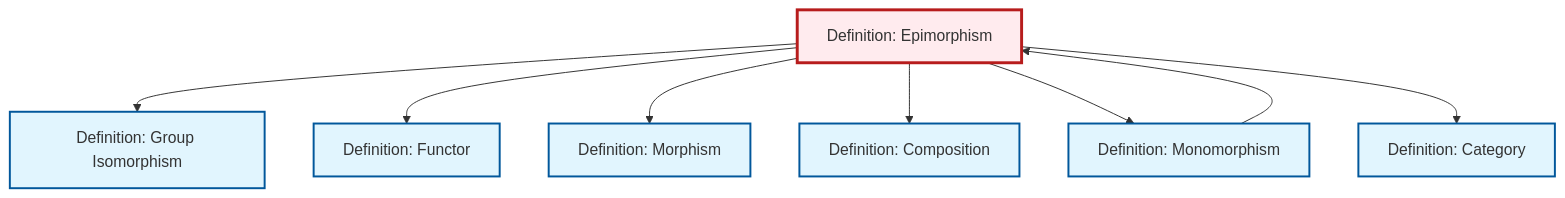
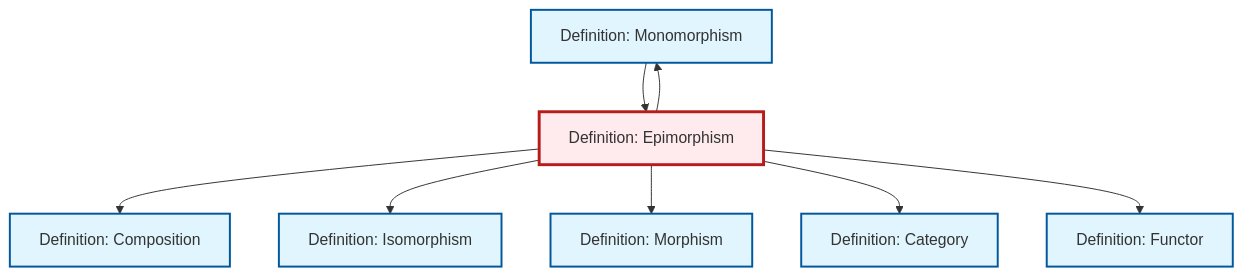
One commit to RK0429/ModernMath changed the diagram in content/en/category-theory/def-epimorphism.qmd. Above: the diagram before and after it, drawn with Mermaid. The commit also changed 1069 other files, not shown here.

````diff
--- a/content/en/category-theory/def-epimorphism.qmd
+++ b/content/en/category-theory/def-epimorphism.qmd
@@ -96,30 +96,30 @@
 ```{mermaid}
 %%| fig-cap: "Local dependency graph"
 graph TD
     classDef definition fill:#e1f5fe,stroke:#01579b,stroke-width:2px
     classDef theorem fill:#f3e5f5,stroke:#4a148c,stroke-width:2px
     classDef axiom fill:#fff3e0,stroke:#e65100,stroke-width:2px
     classDef example fill:#e8f5e9,stroke:#1b5e20,stroke-width:2px
     classDef current fill:#ffebee,stroke:#b71c1c,stroke-width:3px
-    def-isomorphism["Definition: Group Isomorphism"]:::definition
+    def-monomorphism["Definition: Monomorphism"]:::definition
+    def-category["Definition: Category"]:::definition
+    def-epimorphism["Definition: Epimorphism"]:::definition
+    def-isomorphism["Definition: Isomorphism"]:::definition
+    def-composition["Definition: Composition"]:::definition
+    def-morphism["Definition: Morphism"]:::definition
     def-functor["Definition: Functor"]:::definition
-    def-epimorphism["Definition: Epimorphism"]:::definition
-    def-category["Definition: Category"]:::definition
-    def-morphism["Definition: Morphism"]:::definition
-    def-composition["Definition: Composition"]:::definition
-    def-monomorphism["Definition: Monomorphism"]:::definition
+    def-epimorphism --> def-composition
     def-epimorphism --> def-isomorphism
+    def-monomorphism --> def-epimorphism
+    def-epimorphism --> def-morphism
+    def-epimorphism --> def-category
     def-epimorphism --> def-functor
-    def-epimorphism --> def-morphism
-    def-monomorphism --> def-epimorphism
-    def-epimorphism --> def-composition
     def-epimorphism --> def-monomorphism
-    def-epimorphism --> def-category
     class def-epimorphism current
-    click def-isomorphism "def-isomorphism.html" "Go to Group Isomorphism definition"
+    click def-monomorphism "def-monomorphism.html" "Go to Monomorphism definition"
+    click def-category "def-category.html" "Go to Category definition"
+    click def-isomorphism "def-isomorphism.html" "Go to Isomorphism definition"
+    click def-composition "def-composition.html" "Go to Composition definition"
+    click def-morphism "def-morphism.html" "Go to Morphism definition"
     click def-functor "def-functor.html" "Go to Functor definition"
-    click def-category "def-category.html" "Go to Category definition"
-    click def-morphism "def-morphism.html" "Go to Morphism definition"
-    click def-composition "def-composition.html" "Go to Composition definition"
-    click def-monomorphism "def-monomorphism.html" "Go to Monomorphism definition"
 ```
````
